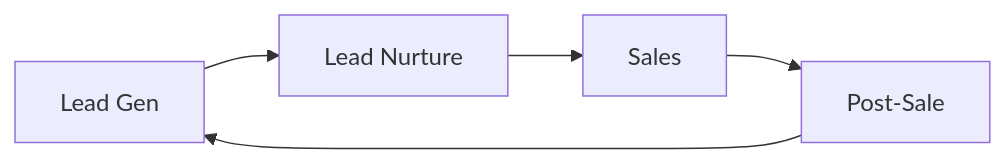
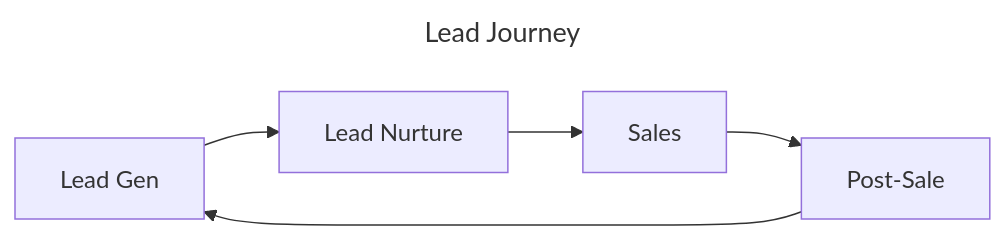
The diagram in posts/outnurture-history.mdx (jeffmylife/jeffmylife.github.io), drawn with Mermaid before and after one commit. The commit also changed other lines of this file and 1 other file, not shown here.

````diff
--- a/posts/outnurture-history.mdx
+++ b/posts/outnurture-history.mdx
@@ -64,4 +64,7 @@
 ```mermaid
+---
+title: Lead Journey
+---
 flowchart LR
 lg[Lead Gen]-->ln[Lead Nurture]-->s[Sales]-->ps[Post-Sale]-->lg
 ```
````
